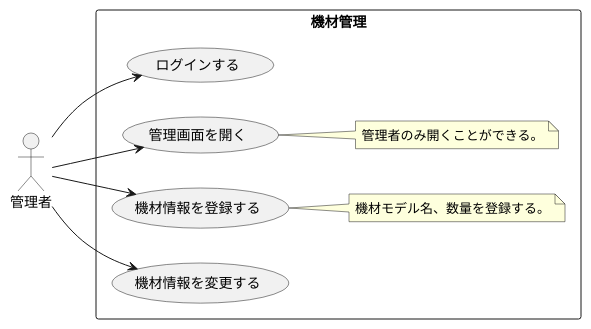
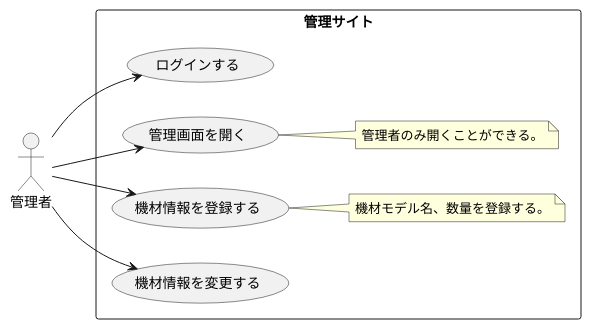
The diagram in modeling/05_Usecase_機材管理.pu (TakashiOnawa/ddd-practice-studio-reservation), drawn with PlantUML before and after one commit. The commit also changed 9 other files, not shown here.

Commit message:
各種モデル図を更新。

```diff
--- a/modeling/05_Usecase_機材管理.pu
+++ b/modeling/05_Usecase_機材管理.pu
@@ -1,22 +1,22 @@
 @startuml Usecase
 
 left to right direction
 
 actor 管理者
 
-rectangle 機材管理 {
+rectangle 管理サイト {
     管理者 --> (ログインする)
     管理者 --> (管理画面を開く)
     管理者 --> (機材情報を登録する)
     管理者 --> (機材情報を変更する)
 
     note right of (管理画面を開く)
     管理者のみ開くことができる。
     end note
 
     note right of (機材情報を登録する)
     機材モデル名、数量を登録する。
     end note
 }
 
 @enduml
```
